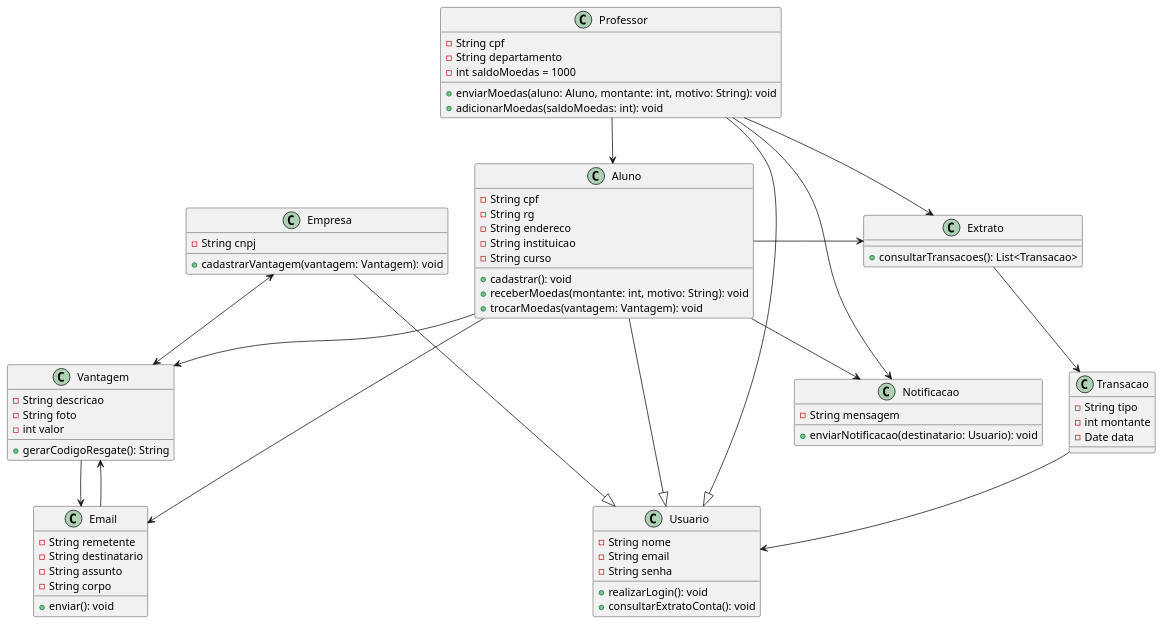
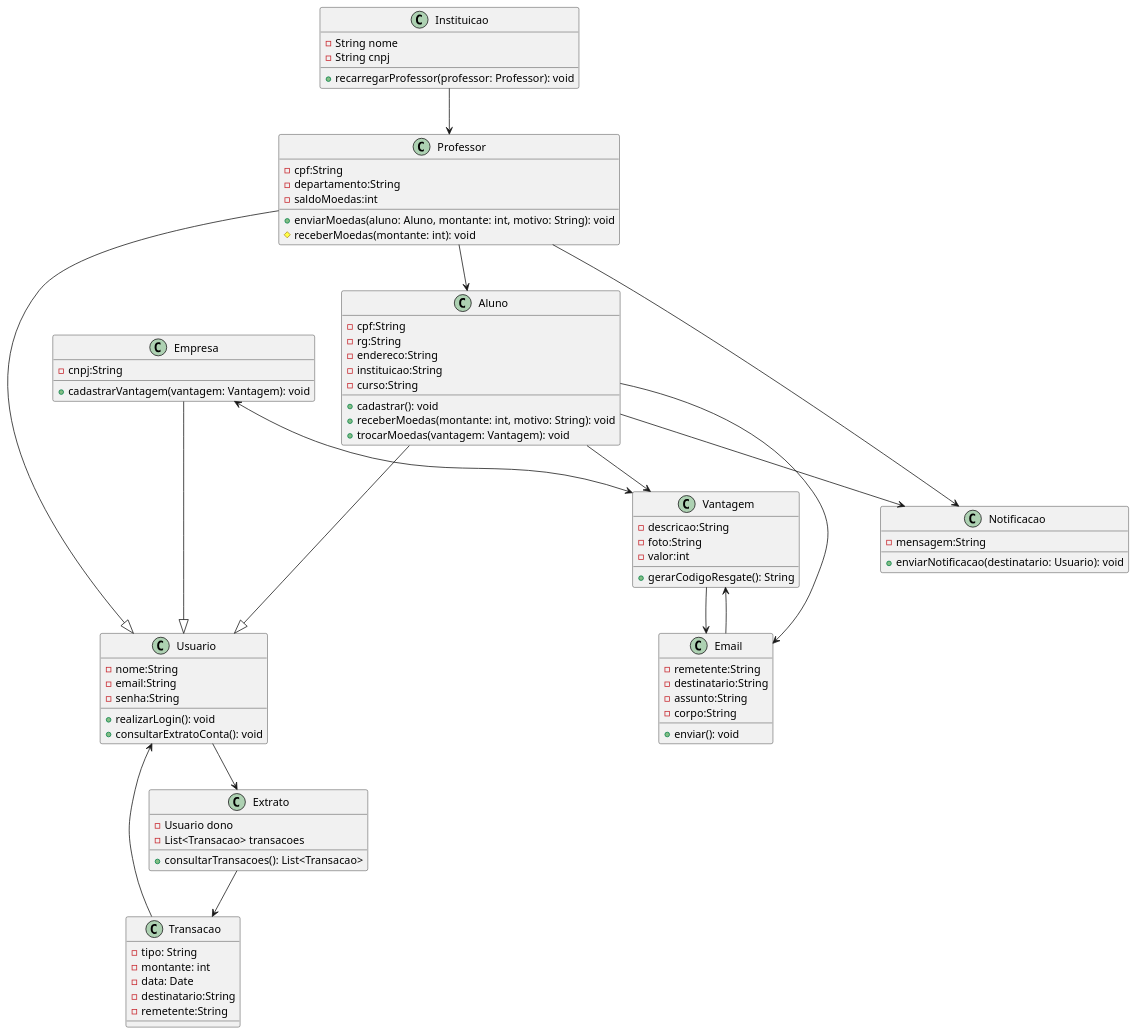
Before and after one commit to pedrolucas444/LabDeSofware3: the diagram in projeto/class-diagram.wsd, drawn with PlantUML. The commit also changed 1 other file, not shown here.

```diff
--- a/projeto/class-diagram.wsd
+++ b/projeto/class-diagram.wsd
@@ -1,86 +1,97 @@
 @startuml
 
     together {
 
         class Usuario {
-        -String nome
-        -String email
-        -String senha
+        -nome:String
+        -email:String
+        -senha:String
         +realizarLogin(): void
         +consultarExtratoConta(): void
     }
+        class Instituicao {
+       -String nome
+       -String cnpj
+       +recarregarProfessor(professor: Professor): void
+    }
 
         class Aluno {
-            -String cpf
-            -String rg
-            -String endereco
-            -String instituicao
-            -String curso
+            -cpf:String
+            -rg:String
+            -endereco:String
+            -instituicao:String
+            -curso:String
             +cadastrar(): void
             +receberMoedas(montante: int, motivo: String): void
             +trocarMoedas(vantagem: Vantagem): void
         }
 
         class Professor {
-            -String cpf
-            -String departamento
-            -int saldoMoedas = 1000
+            -cpf:String
+            -departamento:String
+            -saldoMoedas:int
             +enviarMoedas(aluno: Aluno, montante: int, motivo: String): void
-            +adicionarMoedas(saldoMoedas: int): void
+            #receberMoedas(montante: int): void
+
         }
 
         class Empresa {
-            -String cnpj
+            -cnpj:String
             +cadastrarVantagem(vantagem: Vantagem): void
         }
     }
 
     class Vantagem {
-        -String descricao
-        -String foto
-        -int valor
+        -descricao:String
+        -foto:String
+        -valor:int
         +gerarCodigoResgate(): String
     }
     
     class Transacao {
-        -String tipo
-        -int montante
-        -Date data
+        -tipo: String
+        -montante: int
+        -data: Date
+        -destinatario:String
+        -remetente:String
     }
 
     class Extrato {
+    -Usuario dono
+    -List<Transacao> transacoes
     +consultarTransacoes(): List<Transacao>
     }
 
     class Notificacao {
-        -String mensagem
+        -mensagem:String
         +enviarNotificacao(destinatario: Usuario): void
     }
 
     class Email {
-        -String remetente
-        -String destinatario
-        -String assunto
-        -String corpo
+        -remetente:String
+        -destinatario:String
+        -assunto:String
+        -corpo:String
         +enviar(): void
     }
     
     Empresa ---|> Usuario 
     Professor ---|> Usuario 
     Aluno ---|> Usuario
 
 
     Email --> Vantagem 
-    Aluno --> Extrato 
+    Usuario --> Extrato 
     Aluno --> Vantagem 
     Aluno --> Notificacao 
     Aluno --> Email 
-    Professor --> Extrato 
     Professor --> Notificacao 
     Professor --> Aluno 
     Empresa <--> Vantagem 
     Vantagem --> Email 
     Extrato --> Transacao 
     Transacao --> Usuario 
+    Instituicao --> Professor
+
 
 @enduml
```
